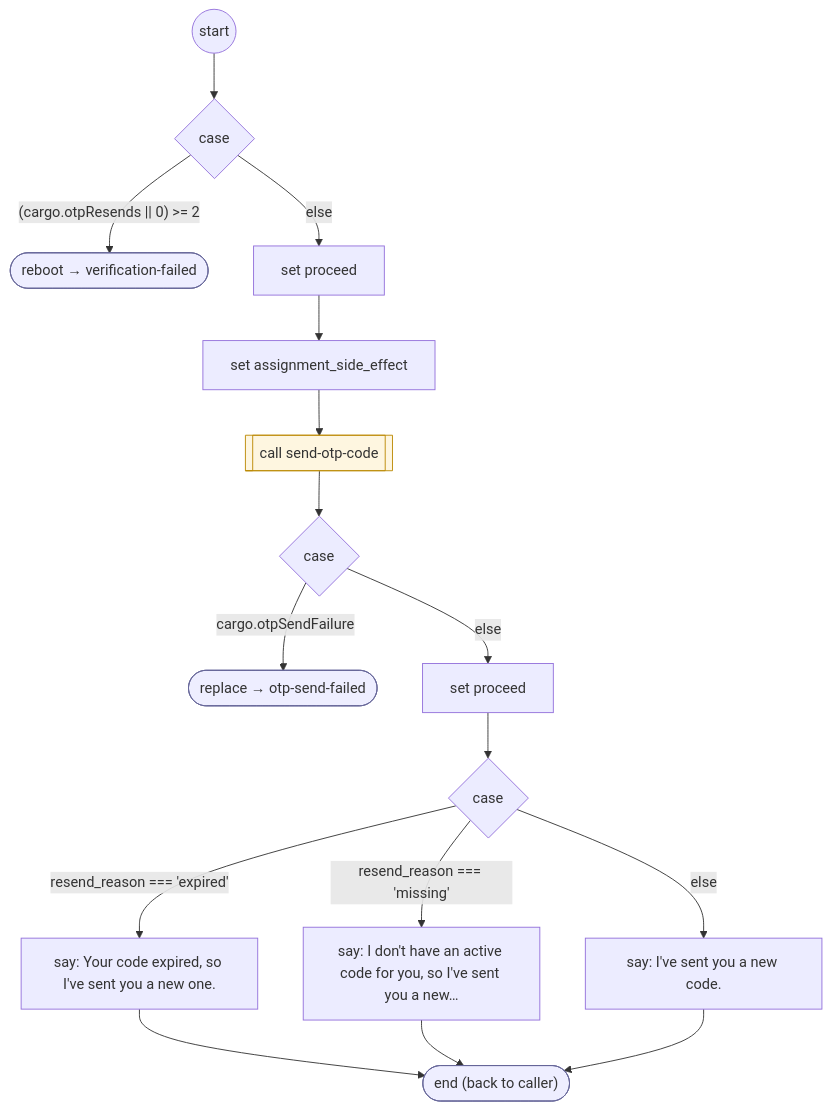
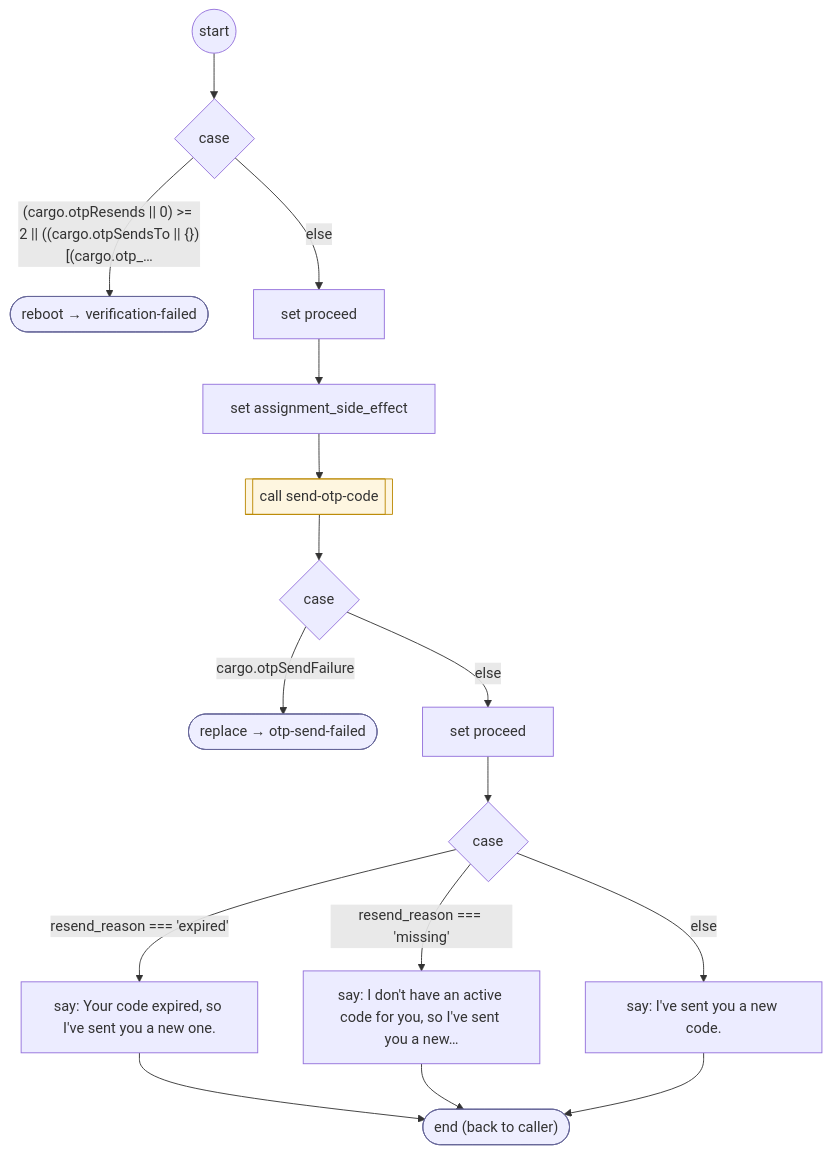
Before and after one commit to ronpinkas/jsfe: the diagram in docs/flows/system/resend-otp-code.md, drawn with Mermaid. The commit also changed other lines of this file and 15 other files, not shown here.

````diff
--- a/docs/flows/system/resend-otp-code.md
+++ b/docs/flows/system/resend-otp-code.md
@@ -16,40 +16,40 @@
 ```mermaid
 flowchart TD
    START(("start"))
    c0{"case"}
    START --> c0
    b1(["reboot → verification-failed"])
    class b1 endstep
-   c0 -- "(cargo.otpResends #124;#124; 0) #gt;= 2" --> b1
+   c0 -- "(cargo.otpResends #124;#124; 0) #gt;= 2 #124;#124; ((cargo.otpSendsTo #124;#124; #123;#125;)[(cargo.otp_…" --> b1
    b2["set proceed"]
    c0 -- "else" --> b2
    n3["set assignment_side_effect"]
    b2 --> n3
    n4[["call send-otp-code"]]
    class n4 flowstep
    n3 --> n4
    c5{"case"}
    n4 --> c5
    b6(["replace → otp-send-failed"])
    class b6 endstep
    c5 -- "cargo.otpSendFailure" --> b6
    b7["set proceed"]
    c5 -- "else" --> b7
    c8{"case"}
    b7 --> c8
    b9["say: Your code expired, so I've sent you a new one."]
    c8 -- "resend_reason === 'expired'" --> b9
    b10["say: I don't have an active code for you, so I've sent you a new…"]
    c8 -- "resend_reason === 'missing'" --> b10
    b11["say: I've sent you a new code."]
    c8 -- "else" --> b11
    DONE(["end (back to caller)"])
    class DONE endstep
    b9 --> DONE
    b10 --> DONE
    b11 --> DONE
    classDef endstep fill:#eef,stroke:#669
    classDef toolstep fill:#efe,stroke:#696
    classDef flowstep fill:#fef6e0,stroke:#b80
    classDef inputstep fill:#f3eefc,stroke:#75a
 ```
````
